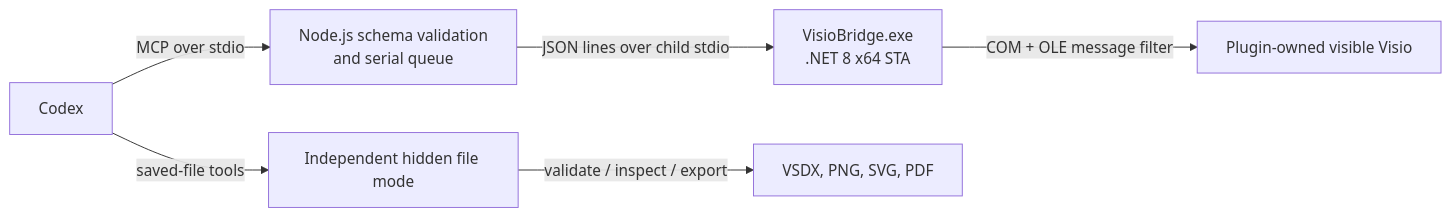
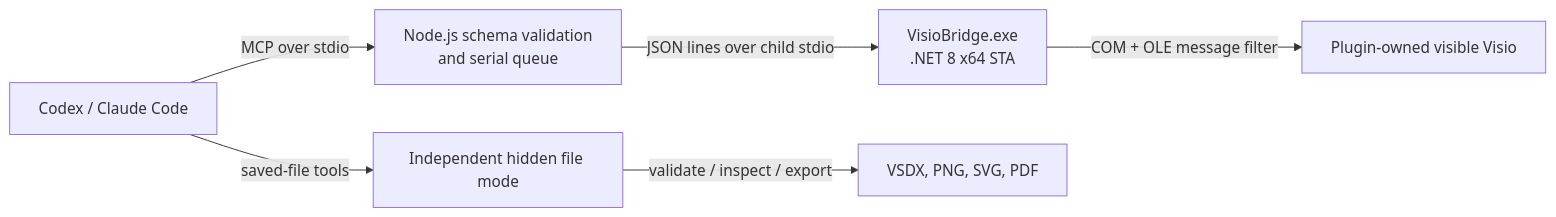
Before and after one commit to capcaradevai-ai/Visio-Illustrator: the diagram in README.md, drawn with Mermaid. The commit also changed other lines of this file and 2 other files, not shown here.

Commit message:
docs: document Codex and Claude Code installation

````diff
--- a/README.md
+++ b/README.md
@@ -11,8 +11,8 @@
 ```mermaid
 flowchart LR
-    C["Codex"] -->|"MCP over stdio"| N["Node.js schema validation<br/>and serial queue"]
+    C["Codex / Claude Code"] -->|"MCP over stdio"| N["Node.js schema validation<br/>and serial queue"]
     N -->|"JSON lines over child stdio"| B["VisioBridge.exe<br/>.NET 8 x64 STA"]
     B -->|"COM + OLE message filter"| V["Plugin-owned visible Visio"]
     C -->|"saved-file tools"| F["Independent hidden file mode"]
     F -->|"validate / inspect / export"| D["VSDX, PNG, SVG, PDF"]
 ```
````
